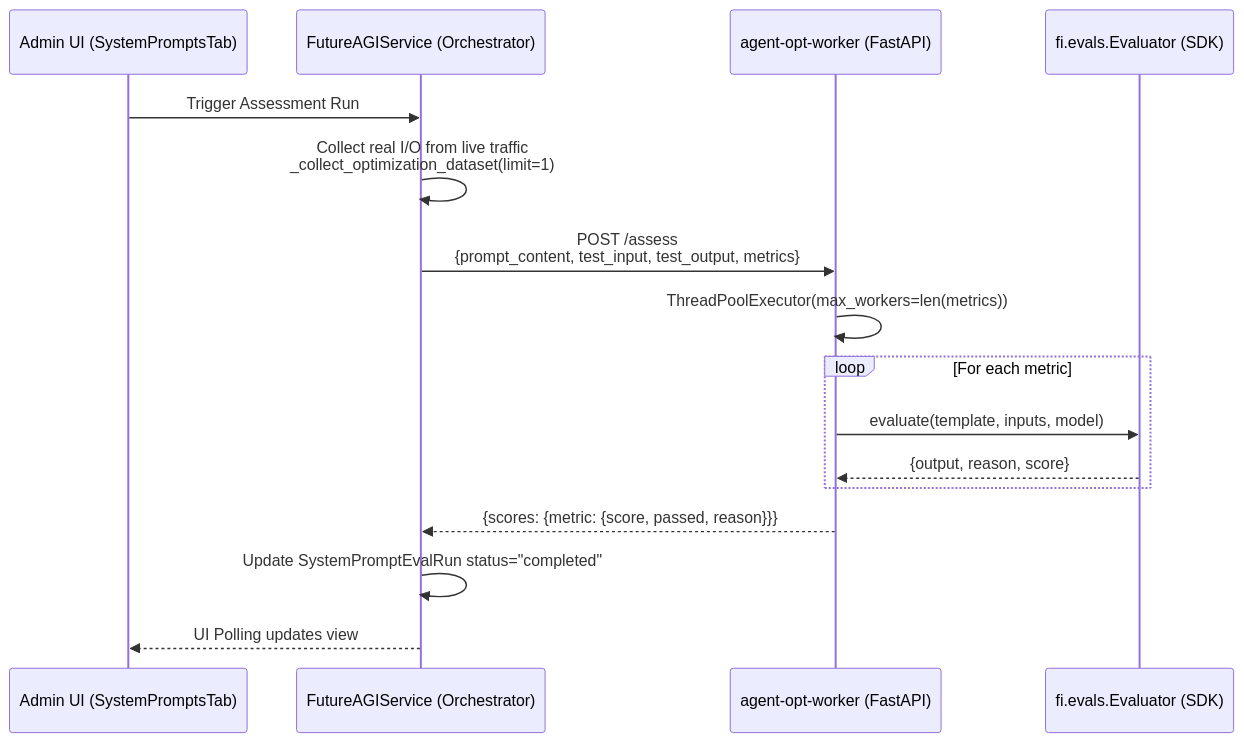
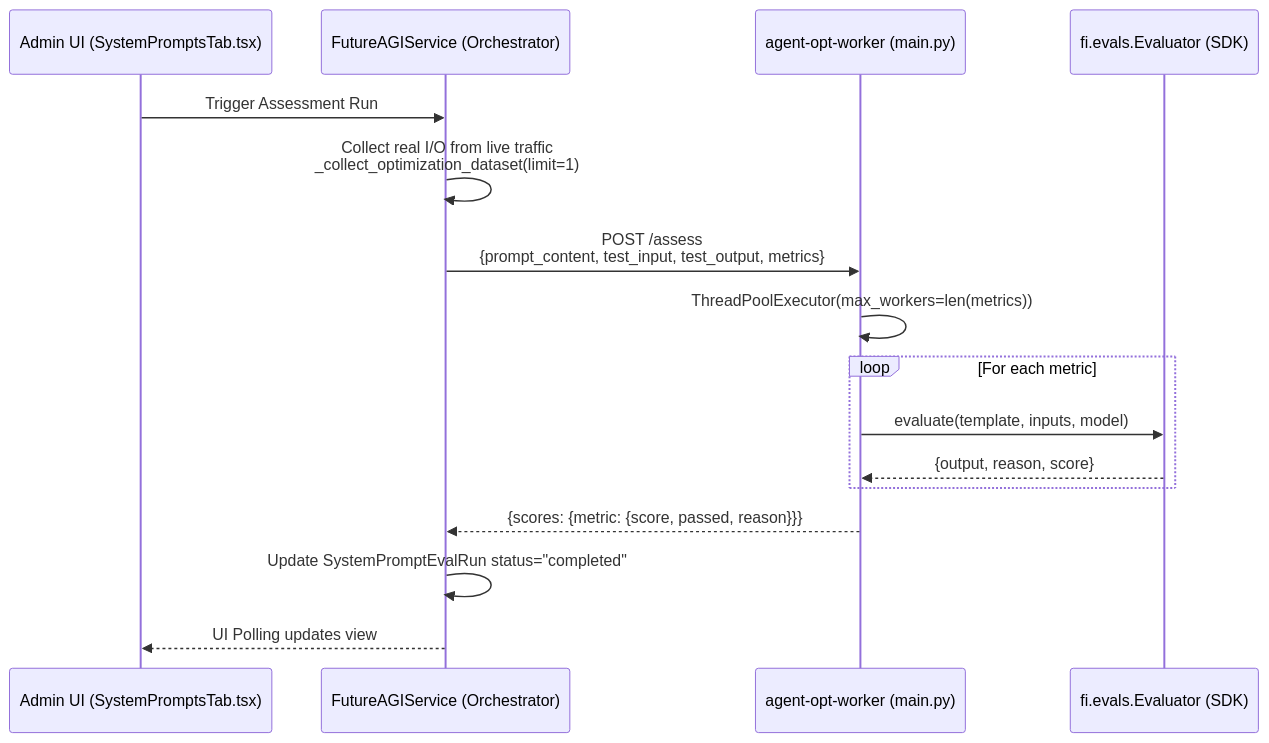
The second of 2 diagrams in docs/prompt-optimization/prompt-evaluation.md (AutomatosAI/automatos-ai), drawn with Mermaid before and after one commit. The commit also changed other lines of this file and 153 other files, not shown here.

````diff
--- a/docs/prompt-optimization/prompt-evaluation.md
+++ b/docs/prompt-optimization/prompt-evaluation.md
@@ -108,21 +101,21 @@
 ```mermaid
 sequenceDiagram
-    participant Admin as Admin UI (SystemPromptsTab)
+    participant Admin as Admin UI (SystemPromptsTab.tsx)
     participant Service as FutureAGIService (Orchestrator)
-    participant Worker as agent-opt-worker (FastAPI)
+    participant Worker as agent-opt-worker (main.py)
     participant SDK as fi.evals.Evaluator (SDK)
     
     Admin->>Service: Trigger Assessment Run
     Service->>Service: Collect real I/O from live traffic<br/>_collect_optimization_dataset(limit=1)
     Service->>Worker: POST /assess<br/>{prompt_content, test_input, test_output, metrics}
     
     Worker->>Worker: ThreadPoolExecutor(max_workers=len(metrics))
     loop For each metric
         Worker->>SDK: evaluate(template, inputs, model)
         SDK-->>Worker: {output, reason, score}
     end
     Worker-->>Service: {scores: {metric: {score, passed, reason}}}
     
     Service->>Service: Update SystemPromptEvalRun status="completed"
     Service-->>Admin: UI Polling updates view
 ```
````
